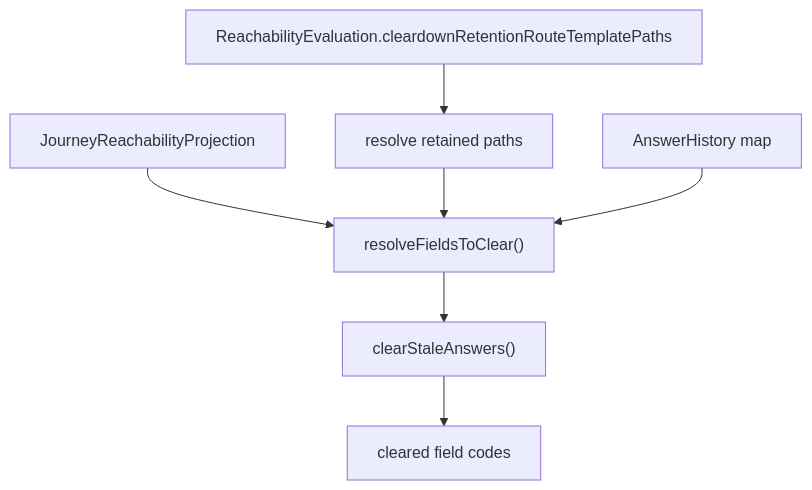
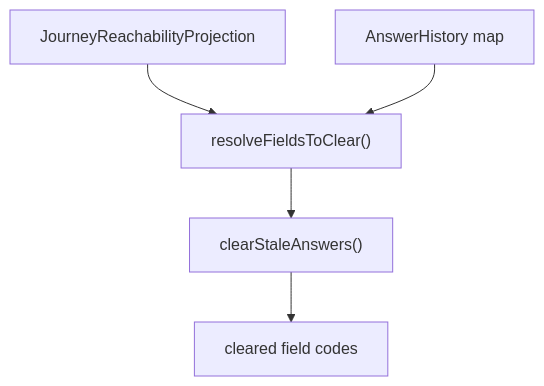
One commit to ministryofjustice/hmpps-forge changed the diagram in packages/forge-core/src/engine/runtime/evaluation/phases/answer-cleardown/README.md. Above: the diagram before and after it, drawn with Mermaid. The commit also changed other lines of this file and 20 other files, not shown here.

````diff
--- a/packages/forge-core/src/engine/runtime/evaluation/phases/answer-cleardown/README.md
+++ b/packages/forge-core/src/engine/runtime/evaluation/phases/answer-cleardown/README.md
@@ -78,9 +75,7 @@
 ```mermaid
 flowchart TD
   reachability["JourneyReachabilityProjection"] --> fields["resolveFieldsToClear()"]
-  evaluation["ReachabilityEvaluation.cleardownRetentionRouteTemplatePaths"] --> retained["resolve retained paths"]
-  retained --> fields
   answers["AnswerHistory map"] --> fields
   fields --> clear["clearStaleAnswers()"]
   clear --> result["cleared field codes"]
 ```
````
